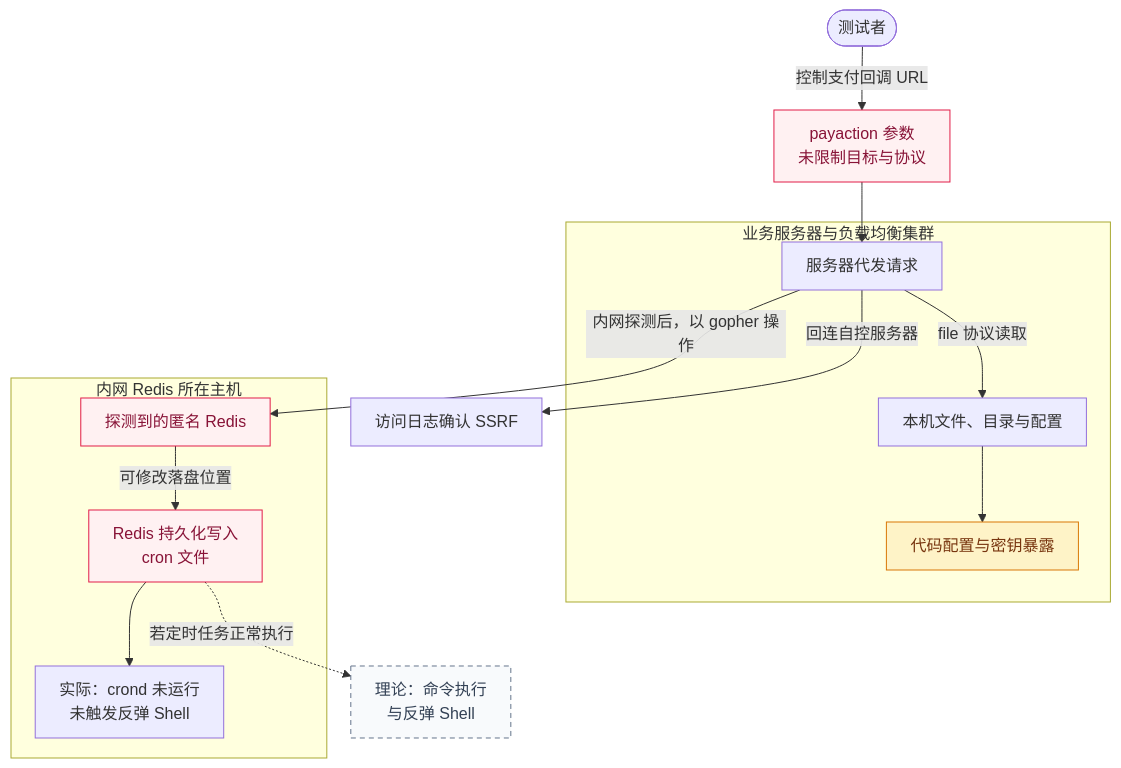
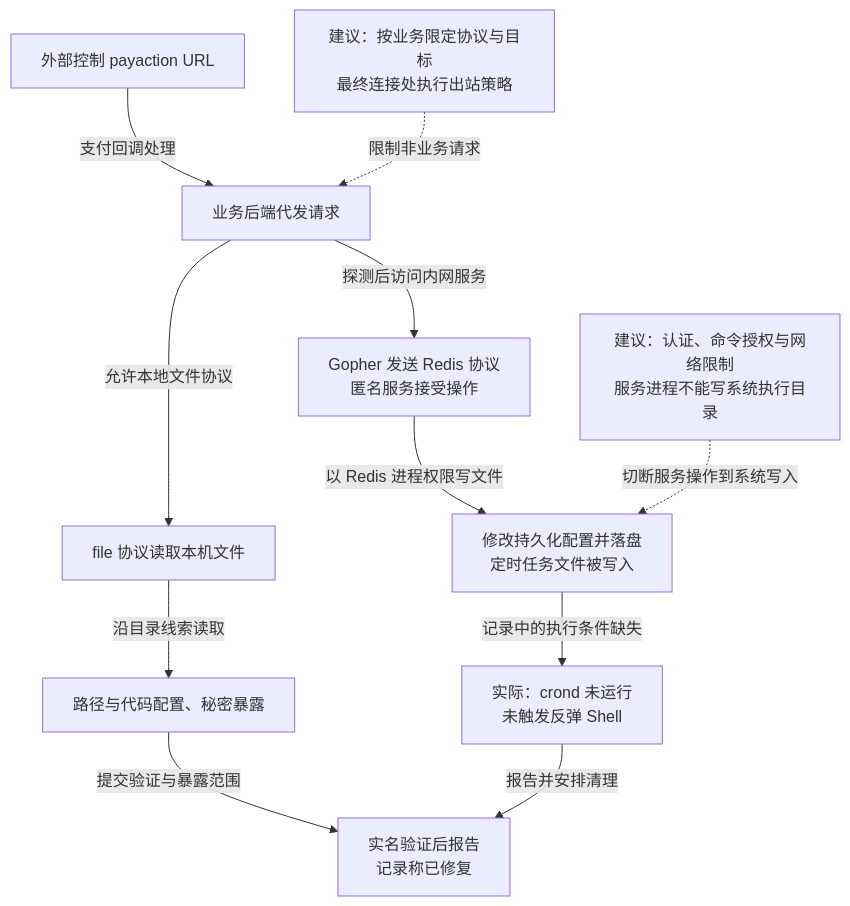
One commit to FeeiCN/FEEI.CN changed the diagram in docs/01-网络安全/01-网络空间安全/01-安全威胁/01-历史攻击事件/某社交平台SSRF到GetShell.md. Above: the diagram before and after it, drawn with Mermaid. The commit also changed other lines of this file and 21 other files, not shown here.

````diff
--- a/docs/01-网络安全/01-网络空间安全/01-安全威胁/01-历史攻击事件/某社交平台SSRF到GetShell.md
+++ b/docs/01-网络安全/01-网络空间安全/01-安全威胁/01-历史攻击事件/某社交平台SSRF到GetShell.md
@@ -18,33 +58,28 @@
 ```mermaid
----
-config:
-  flowchart:
-    useMaxWidth: false
-    nodeSpacing: 28
-    rankSpacing: 40
-    padding: 12
----
 flowchart TB
-accTitle: 支付 SSRF 如何跨入主机文件与内网 Redis
-accDescr: 同一 SSRF 连接两类原本不向外部开放的资源：本机文件和内网 Redis。文件读取与 Redis 写入是并行路径；cron 已被写入，但本次未运行，因此没有取得反弹 Shell。虚线表示条件满足时的理论结果。
-  actor([测试者]) -->|控制支付回调 URL| callback[payaction 参数<br/>未限制目标与协议]:::weakness
-  subgraph business[业务服务器与负载均衡集群]
-    request[服务器代发请求]
-    files[本机文件、目录与配置]
-    secrets[代码配置与密钥暴露]:::impact
-    request -->|file 协议读取| files --> secrets
-  end
-  callback --> request
-  request -->|回连自控服务器| confirm[访问日志确认 SSRF]
-  subgraph internal[内网 Redis 所在主机]
-    redis[探测到的匿名 Redis]:::weakness
-    cron[Redis 持久化写入<br/>cron 文件]:::weakness
-    stopped[实际：crond 未运行<br/>未触发反弹 Shell]
-    redis -->|可修改落盘位置| cron --> stopped
-  end
-  request -->|内网探测后，以 gopher 操作| redis
-  cron -. 若定时任务正常执行 .-> shell[理论：命令执行<br/>与反弹 Shell]:::unverified
-  classDef weakness fill:#fff1f2,stroke:#e11d48,color:#881337
-  classDef impact fill:#fef3c7,stroke:#d97706,color:#78350f
-  classDef unverified fill:#f8fafc,stroke:#64748b,color:#334155,stroke-dasharray:5 4
+  accTitle: 服务器代发请求跨越了哪些边界
+  accDescr: 支付回调 URL 可控制服务端请求，file 协议读取本机文件和配置，gopher 经网络操作匿名 Redis，再借持久化写入 cron 文件。测试时 crond 未运行，没有反弹 Shell。虚线是建议。
+  request["外部控制 payaction URL"]
+  server["业务后端代发请求"]
+  file["file 协议读取本机文件"]
+  config["路径与代码配置、秘密暴露"]
+  redis["Gopher 发送 Redis 协议<br/>匿名服务接受操作"]
+  write["修改持久化配置并落盘<br/>定时任务文件被写入"]
+  limit["实际：crond 未运行<br/>未触发反弹 Shell"]
+  response["实名验证后报告<br/>记录称已修复"]
+  requestControl["建议：按业务限定协议与目标<br/>最终连接处执行出站策略"]
+  redisControl["建议：认证、命令授权与网络限制<br/>服务进程不能写系统执行目录"]
+  request -->|支付回调处理| server
+  server -->|允许本地文件协议| file
+  file -->|沿目录线索读取| config
+  server -->|探测后访问内网服务| redis
+  redis -->|以 Redis 进程权限写文件| write
+  write -->|记录中的执行条件缺失| limit
+  config -->|提交验证与暴露范围| response
+  limit -->|报告并安排清理| response
+  requestControl -. 限制非业务请求 .-> server
+  redisControl -. 切断服务操作到系统写入 .-> write
+  class server,file,config,redis,write main
+  class response response
+  class requestControl,redisControl note
 ```
````
